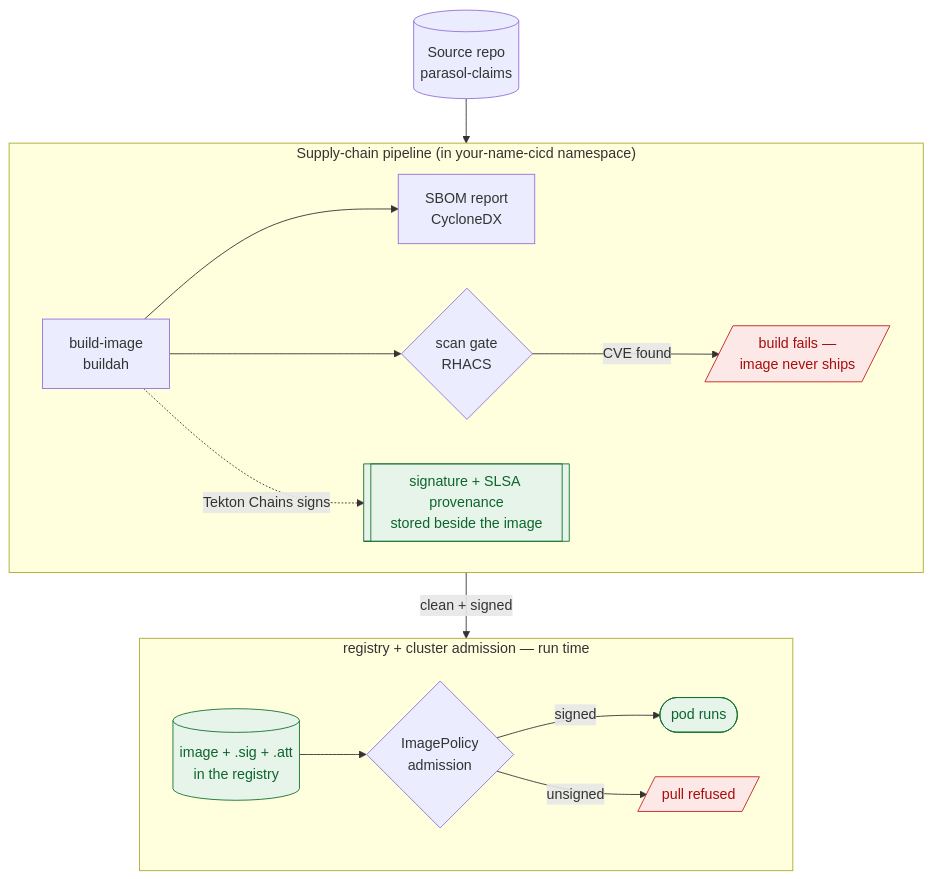
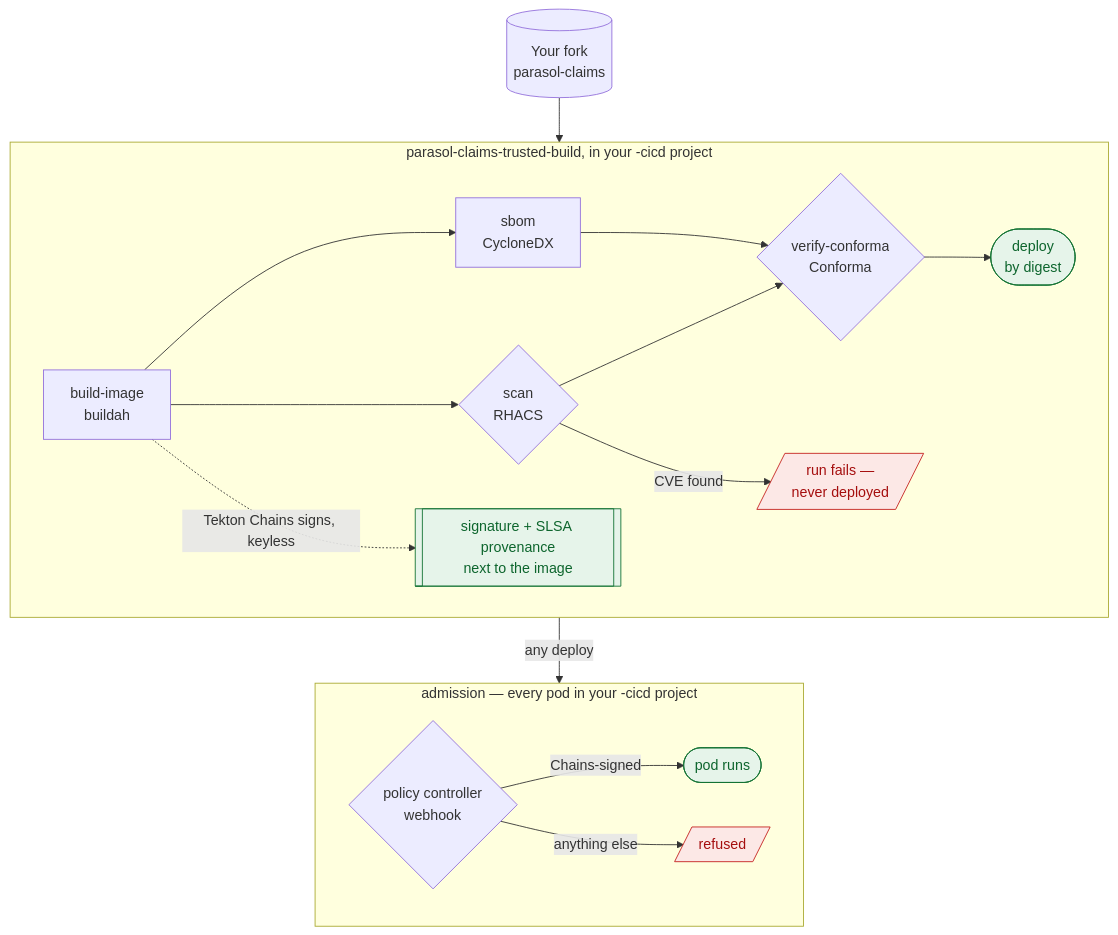
One commit to serhat-dirik/OCP-Getting-Started-Revamped changed the diagram in content/modules/ROOT/examples/diagrams/trusted-supply-chain/01-trust-triangle.mmd. Above: the diagram before and after it, drawn with Mermaid. The commit also changed 19 other files, not shown here.

First line of the commit message:
feat(trusted-supply-chain): one pipeline the attendee runs, then explained

```diff
--- a/content/modules/ROOT/examples/diagrams/trusted-supply-chain/01-trust-triangle.mmd
+++ b/content/modules/ROOT/examples/diagrams/trusted-supply-chain/01-trust-triangle.mmd
@@ -1,30 +1,28 @@
-%% Trust triangle — signature, SLSA provenance, and SBOM: how they get produced (the build
-%% pipeline) and enforced (registry + cluster admission). Illustrates concept.adoc "Policy as a
-%% gate, and policy as an admission control".
-%% Resized 2026-08-22: was one flowchart LR row (intrinsic 1518x443, rendered 900x263, text at
-%% 0.59x — too wide). Wrapped the row into two direction-LR subgraphs — the build pipeline and
-%% registry/admission — stacked TB, per the diagram-resize rules.
-%% Follow-up 2026-08-22: `direction LR` alone didn't hold — SRC-->BUILD and SCAN/SIG-->REG each
-%% crossed a subgraph boundary, which silently disables direction for that subgraph. Fixed by
-%% routing those 3 edges container-to-container: SRC-->PIPE, and SCAN+SIG collapsed into one
-%% PIPE-->ADMIT edge labeled "clean + signed" (REG's own label already says what lands there).
+%% Trust triangle — signature, SLSA provenance and SBOM: where the trusted pipeline produces them and
+%% where they are checked (Conforma in the pipeline, the policy controller at admission). Illustrates
+%% concept.adoc "Policy as a gate, and policy as an admission control" and the demo Brief.
+%% Layout: two direction-LR subgraphs stacked TB, joined container-to-container only (SRC-->PIPE,
+%% PIPE-->ADMIT), so each `direction LR` is honoured (tools/lint/diagram-size-guard.py, ignored-direction).
+%% 2026-11-15: redrawn for the one-pipeline design (Chains signs keyless; Conforma; admission webhook).
 flowchart TB
-  SRC[(Source repo<br/>parasol-claims)] --> PIPE
-  subgraph PIPE["Supply-chain pipeline (in your-name-cicd namespace)"]
+  SRC[(Your fork<br/>parasol-claims)] --> PIPE
+  subgraph PIPE["parasol-claims-trusted-build, in your -cicd project"]
     direction LR
-    BUILD[build-image<br/>buildah] --> SBOMT[SBOM report<br/>CycloneDX]
-    BUILD --> SCAN{scan gate<br/>RHACS}
-    BUILD -. Tekton Chains signs .-> SIG[[signature + SLSA provenance<br/>stored beside the image]]
-    SCAN -->|CVE found| STOP[/build fails —<br/>image never ships/]
+    BUILD[build-image<br/>buildah] --> SCAN{scan<br/>RHACS}
+    BUILD --> SBOM[sbom<br/>CycloneDX]
+    BUILD -. Tekton Chains signs, keyless .-> SIG[[signature + SLSA provenance<br/>next to the image]]
+    SCAN --> EC{verify-conforma<br/>Conforma}
+    SBOM --> EC
+    EC --> DEP([deploy<br/>by digest])
+    SCAN -->|CVE found| STOP[/run fails —<br/>never deployed/]
   end
-  subgraph ADMIT["registry + cluster admission — run time"]
+  subgraph ADMIT["admission — every pod in your -cicd project"]
     direction LR
-    REG[(image + .sig + .att<br/>in the registry)] --> ADM{ImagePolicy<br/>admission}
-    ADM -->|signed| RUN([pod runs])
-    ADM -->|unsigned| DENY[/pull refused/]
+    ADM{policy controller<br/>webhook} -->|Chains-signed| RUN([pod runs])
+    ADM -->|anything else| DENY[/refused/]
   end
-  PIPE -->|"clean + signed"| ADMIT
+  PIPE -->|"any deploy"| ADMIT
   classDef g fill:#e6f4ea,stroke:#137333,color:#0d652d;
   classDef r fill:#fce8e6,stroke:#c5221f,color:#a50e0e;
-  class REG,RUN,SIG g;
+  class SIG,DEP,RUN g;
   class STOP,DENY r;
```
